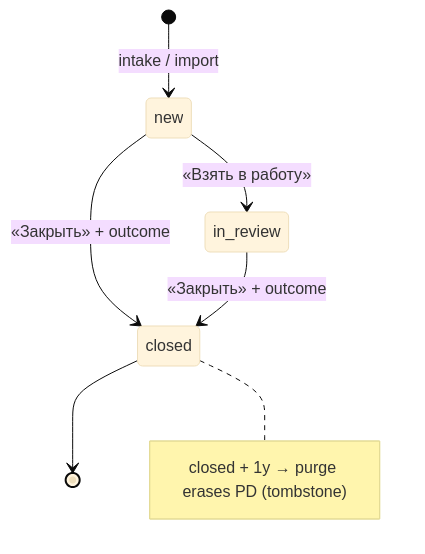
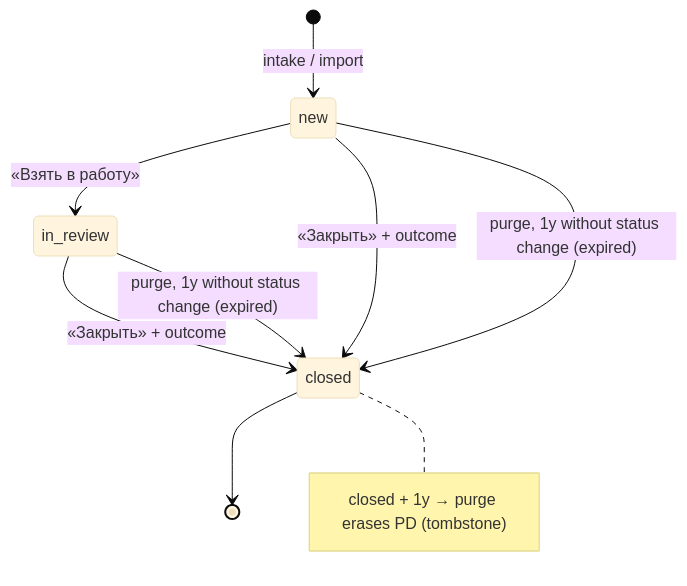
One commit to doctor-school/ds-platform changed the third of 3 diagrams in apps/docs/content/specs/features/033-author-application/033-design.md. Above: the diagram before and after it, drawn with Mermaid (base theme). The commit also changed other lines of this file and 4 other files, not shown here.

````diff
--- a/apps/docs/content/specs/features/033-author-application/033-design.md
+++ b/apps/docs/content/specs/features/033-author-application/033-design.md
@@ -111,9 +119,11 @@
 ```mermaid
 stateDiagram-v2
   [*] --> new: intake / import
   new --> in_review: «Взять в работу»
   new --> closed: «Закрыть» + outcome
   in_review --> closed: «Закрыть» + outcome
+  new --> closed: purge, 1y without status change (expired)
+  in_review --> closed: purge, 1y without status change (expired)
   closed --> [*]
   note right of closed: closed + 1y → purge erases PD (tombstone)
 ```
````
